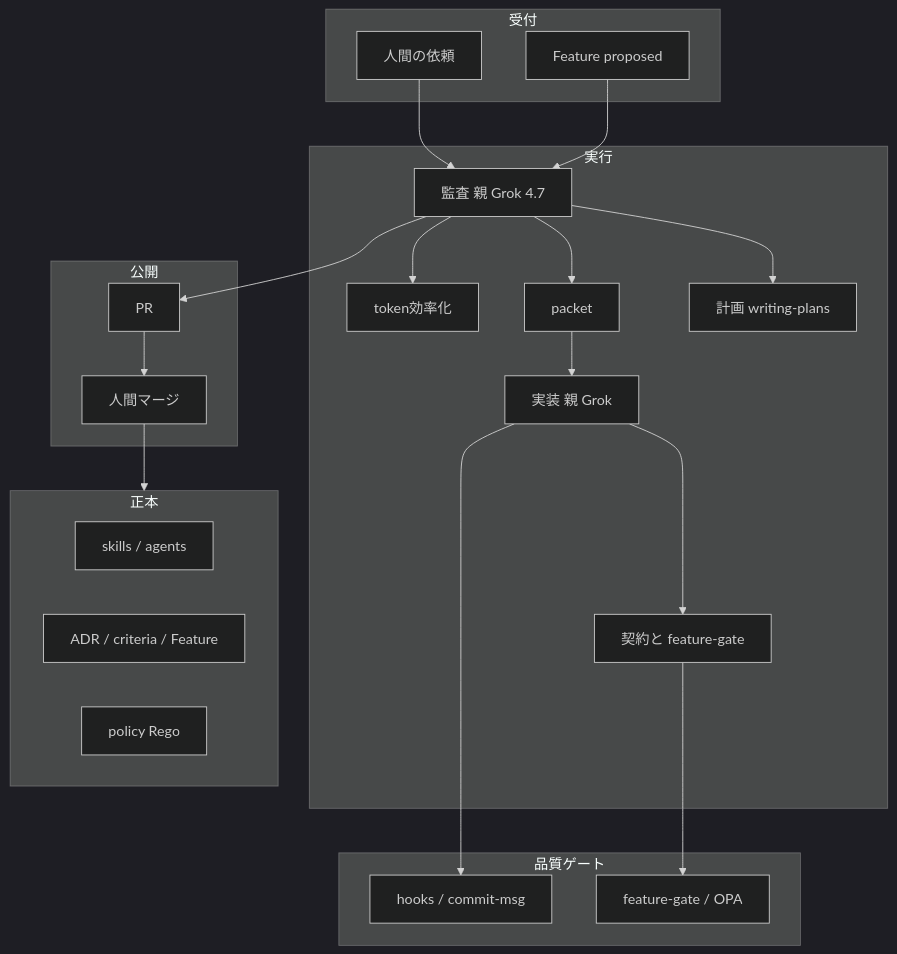
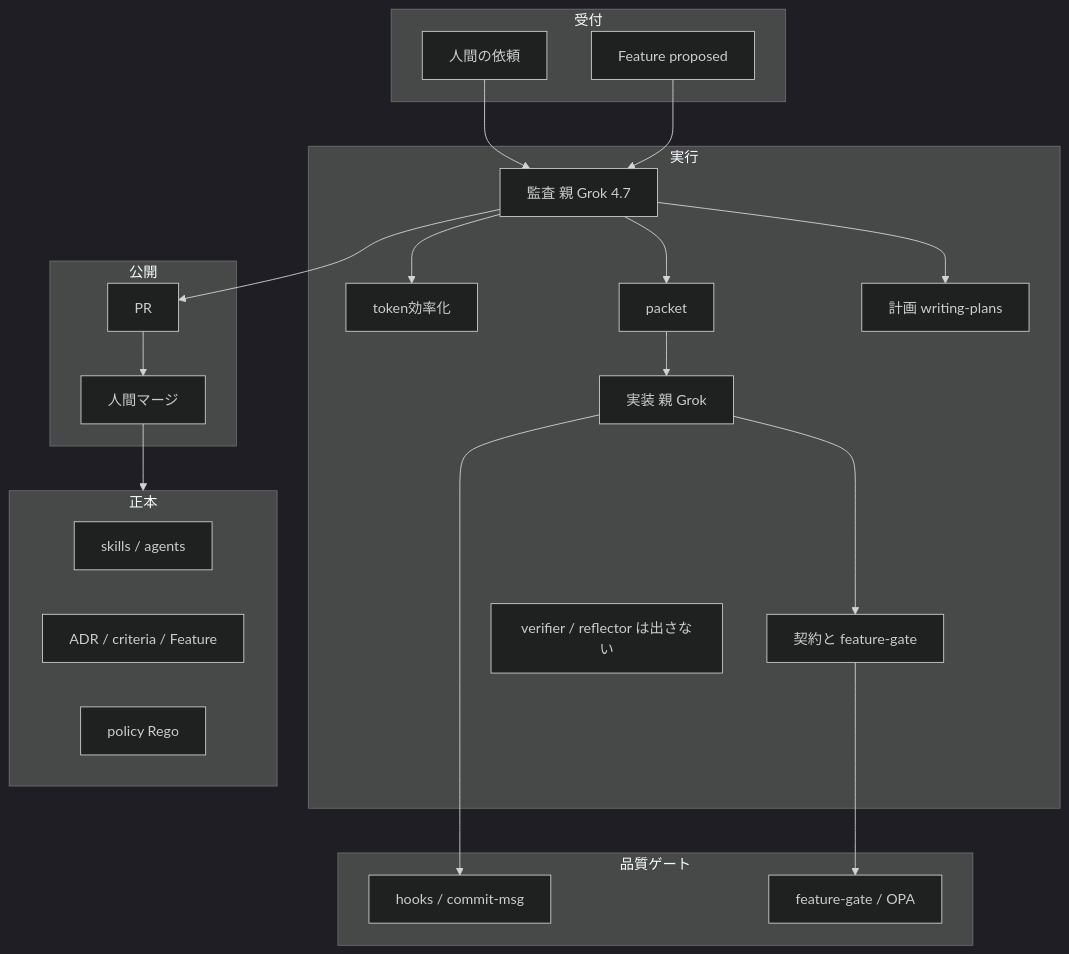
Before and after one commit to marumo333/marumo333-cursor-harness: the second of 4 diagrams in README.md, drawn with Mermaid (dark theme). The commit also changed other lines of this file and 4 other files, not shown here.

Commit message:
docs: 図に親と条件付きのエージェントを入れる。

````diff
--- a/README.md
+++ b/README.md
@@ -87,45 +87,46 @@
 ```mermaid
 flowchart TB
   subgraph inbound["受付"]
     H["人間の依頼"]
     FE["Feature proposed"]
   end
 
   subgraph plant["実行"]
     P["監査 親 Grok 4.7"]
     CM["token効率化"]
     PK["packet"]
     PL["計画 writing-plans"]
     IM["実装 親 Grok"]
     CT["契約と feature-gate"]
+    OFF["verifier / reflector は出さない"]
   end
 
   subgraph qa["品質ゲート"]
     HK["hooks / commit-msg"]
     FG["feature-gate / OPA"]
   end
 
   subgraph warehouse["正本"]
     SK["skills / agents"]
     AD["ADR / criteria / Feature"]
     PO["policy Rego"]
   end
 
   subgraph ship["公開"]
     PR["PR"]
     HM["人間マージ"]
   end
 
   H --> P
   FE --> P
   P --> CM
   P --> PK
   P --> PL
   PK --> IM
   IM --> HK
   IM --> CT
   CT --> FG
   P --> PR
   PR --> HM
   HM --> warehouse
 ```
````
